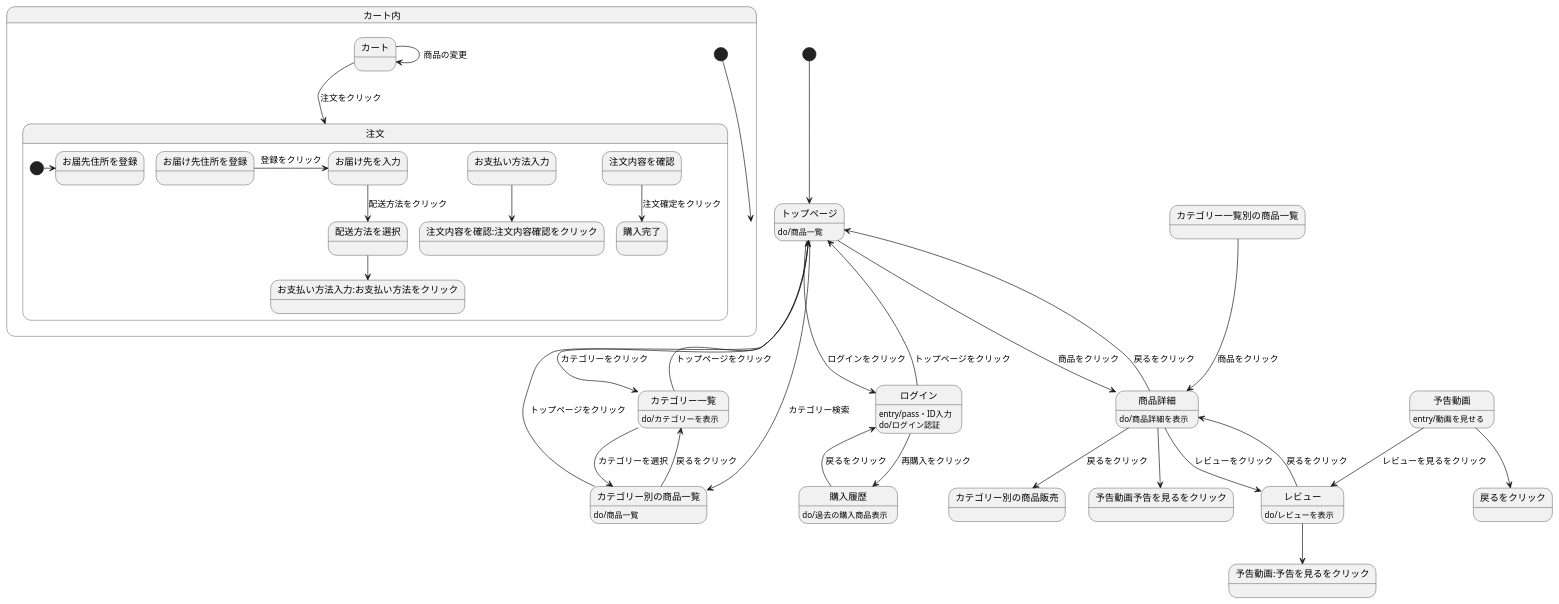
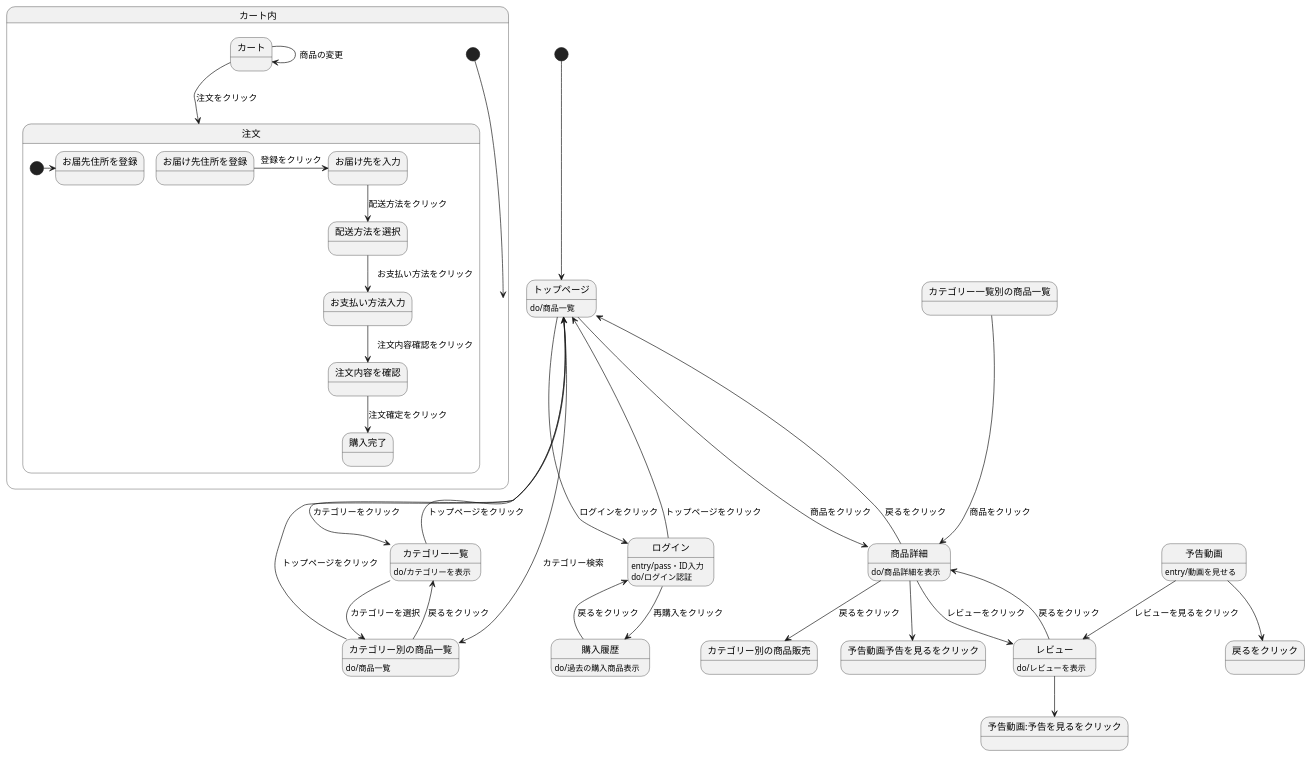
Before and after one commit to Aso2001388/2021sys-design: the diagram in orizinaru.md, drawn with PlantUML.

````diff
--- a/orizinaru.md
+++ b/orizinaru.md
@@ -1,49 +1,49 @@
 ```uml 
 @startuml
 [*]-->トップページ
 トップページ : do/商品一覧
 トップページ-->ログイン: ログインをクリック
 ログイン-->トップページ: トップページをクリック
 ログイン: entry/pass・ID入力
 ログイン: do/ログイン認証
 ログイン-->購入履歴: 再購入をクリック
 購入履歴-->ログイン: 戻るをクリック
 購入履歴: do/過去の購入商品表示
 トップページ-->カテゴリー一覧: カテゴリーをクリック
 カテゴリー一覧-->トップページ: トップページをクリック
 カテゴリー一覧: do/カテゴリーを表示
 トップページ-->カテゴリー別の商品一覧: カテゴリー検索
 カテゴリー別の商品一覧-->トップページ: トップページをクリック
 カテゴリー別の商品一覧: do/商品一覧
 カテゴリー一覧-->カテゴリー別の商品一覧: カテゴリーを選択
 カテゴリー別の商品一覧-->カテゴリー一覧: 戻るをクリック
 トップページ-->商品詳細: 商品をクリック
 商品詳細-->トップページ: 戻るをクリック
 商品詳細: do/商品詳細を表示
 カテゴリー一覧別の商品一覧-->商品詳細: 商品をクリック
 商品詳細-->カテゴリー別の商品販売: 戻るをクリック
 商品詳細-->レビュー: レビューをクリック
 レビュー-->商品詳細: 戻るをクリック
 レビュー: do/レビューを表示
 商品詳細-->予告動画予告を見るをクリック
 予告動画-->戻るをクリック
 予告動画: entry/動画を見せる
 予告動画-->レビュー: レビューを見るをクリック
 レビュー-->予告動画:予告を見るをクリック
 
 state カート内{
 [*]-->カート内
 カート->カート: 商品の変更
 カート-->注文: 注文をクリック
 state 注文{
  [*]->お届先住所を登録
  お届け先住所を登録->お届け先を入力: 登録をクリック
  お届け先を入力-->配送方法を選択: 配送方法をクリック
- 配送方法を選択-->お支払い方法入力:お支払い方法をクリック
- お支払い方法入力-->注文内容を確認:注文内容確認をクリック
+ 配送方法を選択-->お支払い方法入力:　お支払い方法をクリック
+ お支払い方法入力-->注文内容を確認:　注文内容確認をクリック
  注文内容を確認-->購入完了: 注文確定をクリック
 }
 }
 
 @enduml
 ``` 
````
